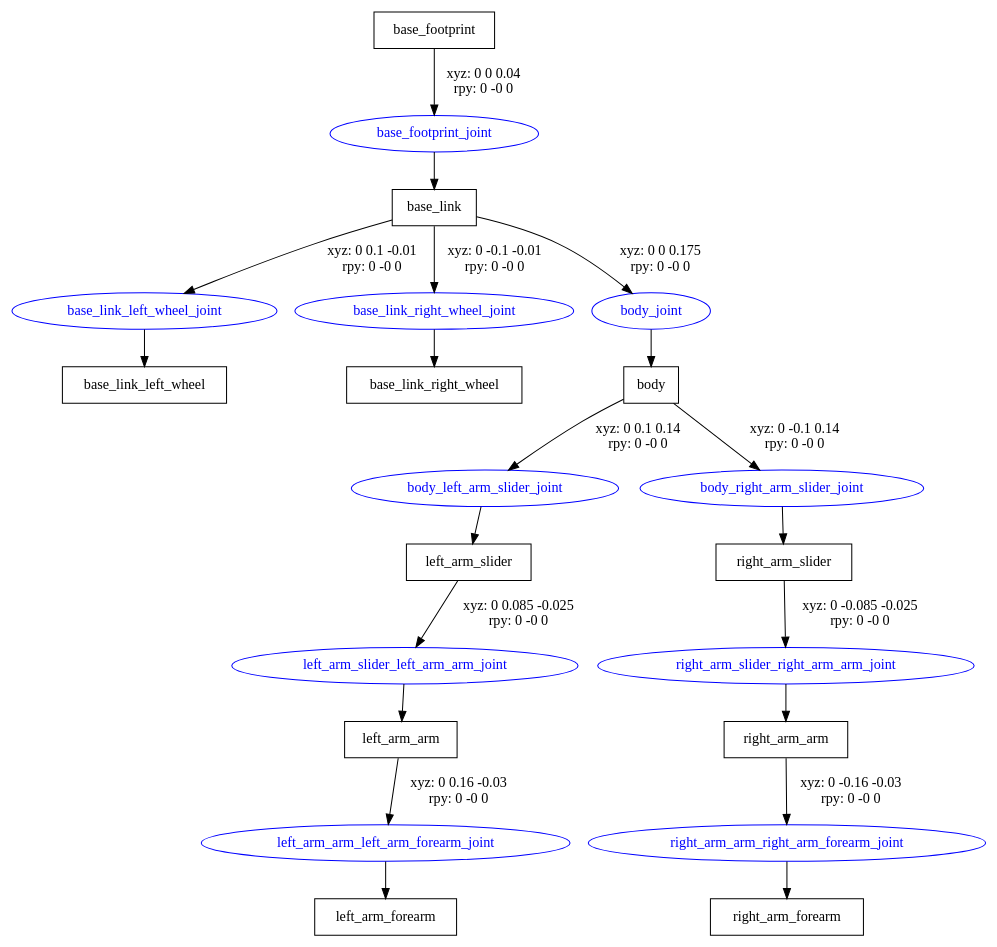
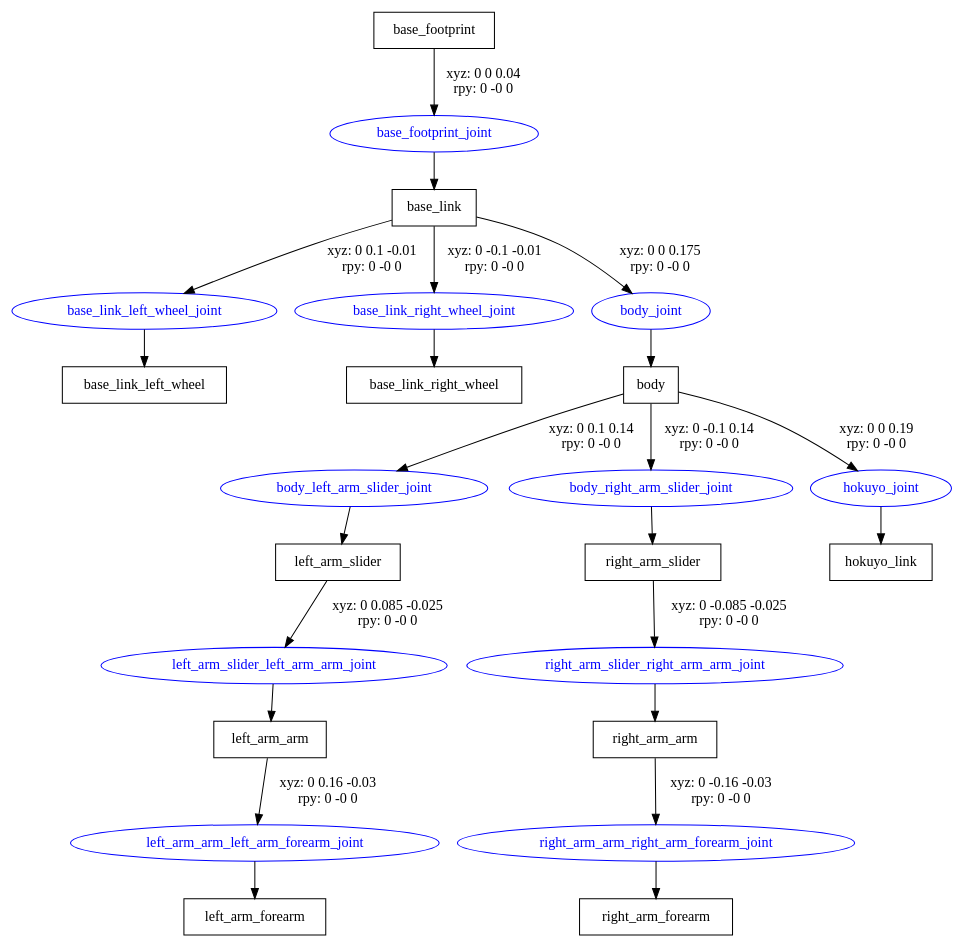
One commit to cvra/cvra_debra_ros changed the diagram in debra_description/urdf/debra.gv. Above: the diagram before and after it, drawn with Graphviz. The commit also changed 6 other files, not shown here.

```diff
--- a/debra_description/urdf/debra.gv
+++ b/debra_description/urdf/debra.gv
@@ -1,35 +1,38 @@
 digraph G {
 node [shape=box];
 "base_footprint" [label="base_footprint"];
 "base_link" [label="base_link"];
 "base_link_left_wheel" [label="base_link_left_wheel"];
 "base_link_right_wheel" [label="base_link_right_wheel"];
 "body" [label="body"];
 "left_arm_slider" [label="left_arm_slider"];
 "left_arm_arm" [label="left_arm_arm"];
 "left_arm_forearm" [label="left_arm_forearm"];
 "right_arm_slider" [label="right_arm_slider"];
 "right_arm_arm" [label="right_arm_arm"];
 "right_arm_forearm" [label="right_arm_forearm"];
+"hokuyo_link" [label="hokuyo_link"];
 node [shape=ellipse, color=blue, fontcolor=blue];
 "base_footprint" -> "base_footprint_joint" [label="xyz: 0 0 0.04 \nrpy: 0 -0 0"]
 "base_footprint_joint" -> "base_link"
 "base_link" -> "base_link_left_wheel_joint" [label="xyz: 0 0.1 -0.01 \nrpy: 0 -0 0"]
 "base_link_left_wheel_joint" -> "base_link_left_wheel"
 "base_link" -> "base_link_right_wheel_joint" [label="xyz: 0 -0.1 -0.01 \nrpy: 0 -0 0"]
 "base_link_right_wheel_joint" -> "base_link_right_wheel"
 "base_link" -> "body_joint" [label="xyz: 0 0 0.175 \nrpy: 0 -0 0"]
 "body_joint" -> "body"
 "body" -> "body_left_arm_slider_joint" [label="xyz: 0 0.1 0.14 \nrpy: 0 -0 0"]
 "body_left_arm_slider_joint" -> "left_arm_slider"
 "left_arm_slider" -> "left_arm_slider_left_arm_arm_joint" [label="xyz: 0 0.085 -0.025 \nrpy: 0 -0 0"]
 "left_arm_slider_left_arm_arm_joint" -> "left_arm_arm"
 "left_arm_arm" -> "left_arm_arm_left_arm_forearm_joint" [label="xyz: 0 0.16 -0.03 \nrpy: 0 -0 0"]
 "left_arm_arm_left_arm_forearm_joint" -> "left_arm_forearm"
 "body" -> "body_right_arm_slider_joint" [label="xyz: 0 -0.1 0.14 \nrpy: 0 -0 0"]
 "body_right_arm_slider_joint" -> "right_arm_slider"
 "right_arm_slider" -> "right_arm_slider_right_arm_arm_joint" [label="xyz: 0 -0.085 -0.025 \nrpy: 0 -0 0"]
 "right_arm_slider_right_arm_arm_joint" -> "right_arm_arm"
 "right_arm_arm" -> "right_arm_arm_right_arm_forearm_joint" [label="xyz: 0 -0.16 -0.03 \nrpy: 0 -0 0"]
 "right_arm_arm_right_arm_forearm_joint" -> "right_arm_forearm"
+"body" -> "hokuyo_joint" [label="xyz: 0 0 0.19 \nrpy: 0 -0 0"]
+"hokuyo_joint" -> "hokuyo_link"
 }
```
